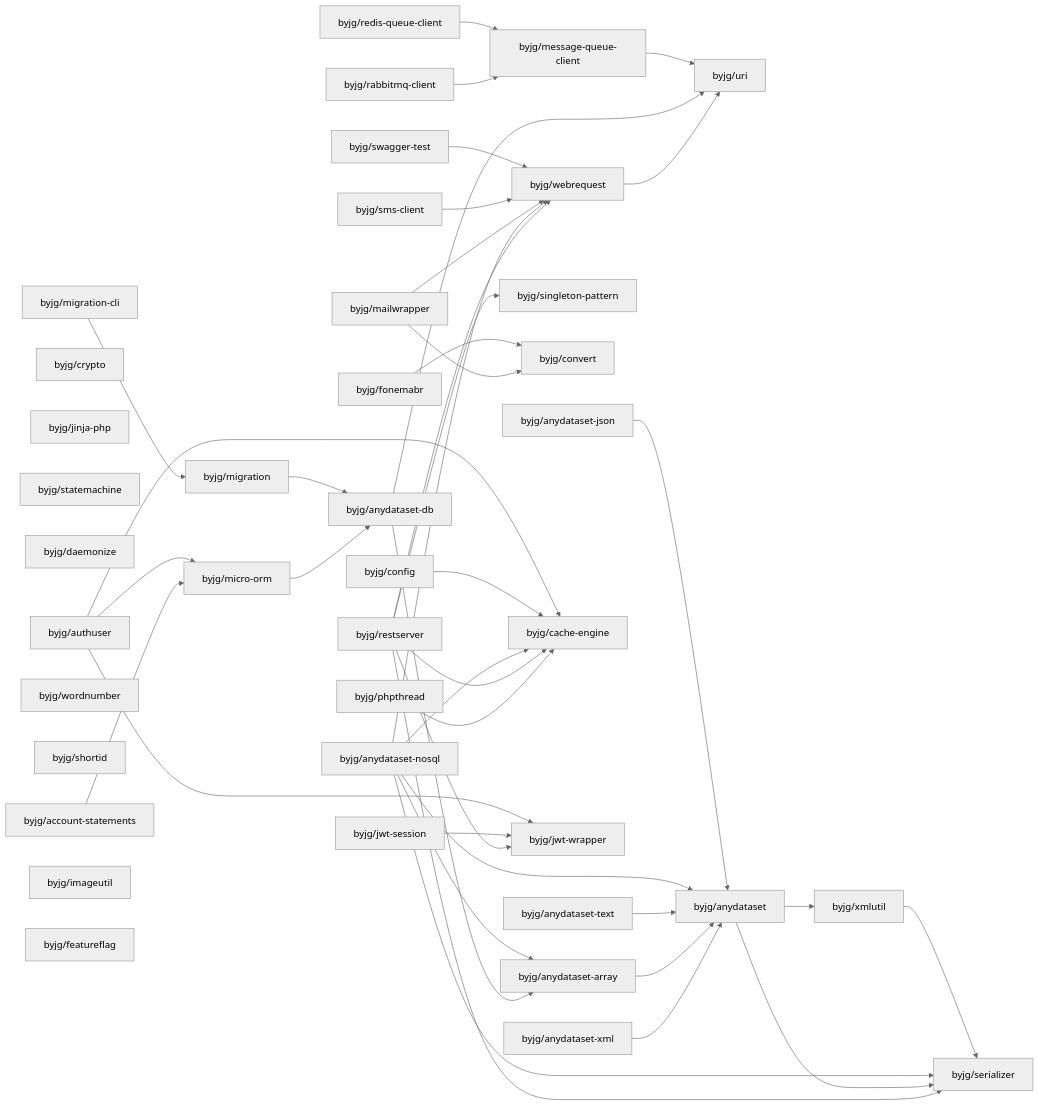
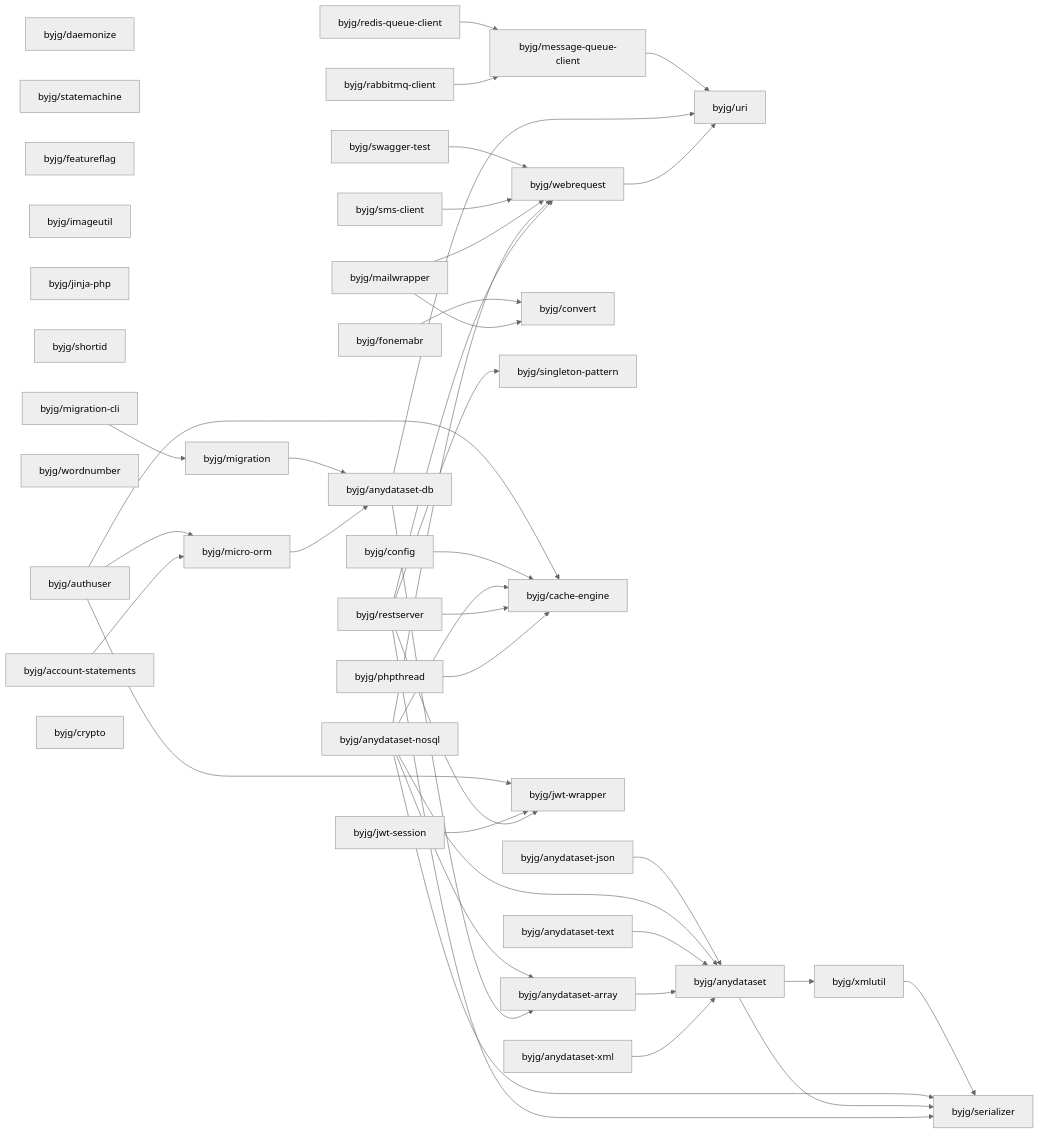
Before and after one commit to byjg/byjg.github.io: the diagram in docs/php/README.md, drawn with Mermaid (neutral theme). The commit also changed other lines of this file and 1 other file, not shown here.

Commit message:
Update documentation 'php' 'php-micro-orm'

````diff
--- a/docs/php/README.md
+++ b/docs/php/README.md
@@ -3,80 +3,80 @@
 ```mermaid
 graph LR;
+  byjg/daemonize;
+  byjg/statemachine;
+  byjg/sms-client;
+  byjg/mailwrapper;
+  byjg/anydataset-text;
+  byjg/fonemabr;
+  byjg/config;
+  byjg/featureflag;
+  byjg/anydataset-xml;
+  byjg/imageutil;
+  byjg/jinja-php;
+  byjg/shortid;
+  byjg/phpthread;
+  byjg/rabbitmq-client;
+  byjg/authuser;
+  byjg/wordnumber;
+  byjg/anydataset-nosql;
+  byjg/account-statements;
+  byjg/anydataset-json;
   byjg/migration-cli;
   byjg/crypto;
+  byjg/jwt-session;
+  byjg/restserver;
   byjg/swagger-test;
-  byjg/anydataset-xml;
   byjg/redis-queue-client;
-  byjg/restserver;
-  byjg/sms-client;
-  byjg/jinja-php;
-  byjg/statemachine;
-  byjg/daemonize;
-  byjg/mailwrapper;
-  byjg/fonemabr;
-  byjg/account-statements;
-  byjg/anydataset-nosql;
-  byjg/anydataset-text;
-  byjg/phpthread;
-  byjg/wordnumber;
-  byjg/jwt-session;
-  byjg/shortid;
-  byjg/config;
-  byjg/authuser;
-  byjg/imageutil;
-  byjg/anydataset-json;
-  byjg/rabbitmq-client;
-  byjg/featureflag;
+  byjg/convert;
+  byjg/micro-orm;
   byjg/migration;
   byjg/singleton-pattern;
-  byjg/convert;
-  byjg/webrequest;
-  byjg/micro-orm;
   byjg/cache-engine;
   byjg/jwt-wrapper;
+  byjg/webrequest;
   byjg/message-queue-client;
   byjg/anydataset-db;
   byjg/anydataset-array;
   byjg/uri;
   byjg/anydataset;
   byjg/xmlutil;
   byjg/serializer;
   byjg/migration --> byjg/anydataset-db;
   byjg/fonemabr --> byjg/convert;
   byjg/swagger-test --> byjg/webrequest;
   byjg/authuser --> byjg/micro-orm;
   byjg/authuser --> byjg/cache-engine;
   byjg/authuser --> byjg/jwt-wrapper;
   byjg/config --> byjg/cache-engine;
   byjg/message-queue-client --> byjg/uri;
   byjg/sms-client --> byjg/webrequest;
   byjg/xmlutil --> byjg/serializer;
   byjg/anydataset-json --> byjg/anydataset;
   byjg/mailwrapper --> byjg/convert;
   byjg/mailwrapper --> byjg/webrequest;
   byjg/anydataset-nosql --> byjg/anydataset;
   byjg/anydataset-nosql --> byjg/anydataset-array;
   byjg/anydataset-nosql --> byjg/serializer;
   byjg/anydataset-nosql --> byjg/webrequest;
   byjg/anydataset-nosql --> byjg/cache-engine;
   byjg/migration-cli --> byjg/migration;
   byjg/redis-queue-client --> byjg/message-queue-client;
   byjg/jwt-session --> byjg/jwt-wrapper;
   byjg/anydataset --> byjg/serializer;
   byjg/anydataset --> byjg/xmlutil;
   byjg/anydataset-db --> byjg/anydataset-array;
   byjg/anydataset-db --> byjg/uri;
   byjg/anydataset-text --> byjg/anydataset;
   byjg/restserver --> byjg/serializer;
   byjg/restserver --> byjg/singleton-pattern;
   byjg/restserver --> byjg/cache-engine;
   byjg/restserver --> byjg/webrequest;
   byjg/restserver --> byjg/jwt-wrapper;
   byjg/account-statements --> byjg/micro-orm;
   byjg/webrequest --> byjg/uri;
   byjg/micro-orm --> byjg/anydataset-db;
   byjg/anydataset-array --> byjg/anydataset;
   byjg/anydataset-xml --> byjg/anydataset;
   byjg/phpthread --> byjg/cache-engine;
   byjg/rabbitmq-client --> byjg/message-queue-client;
 ```
````
